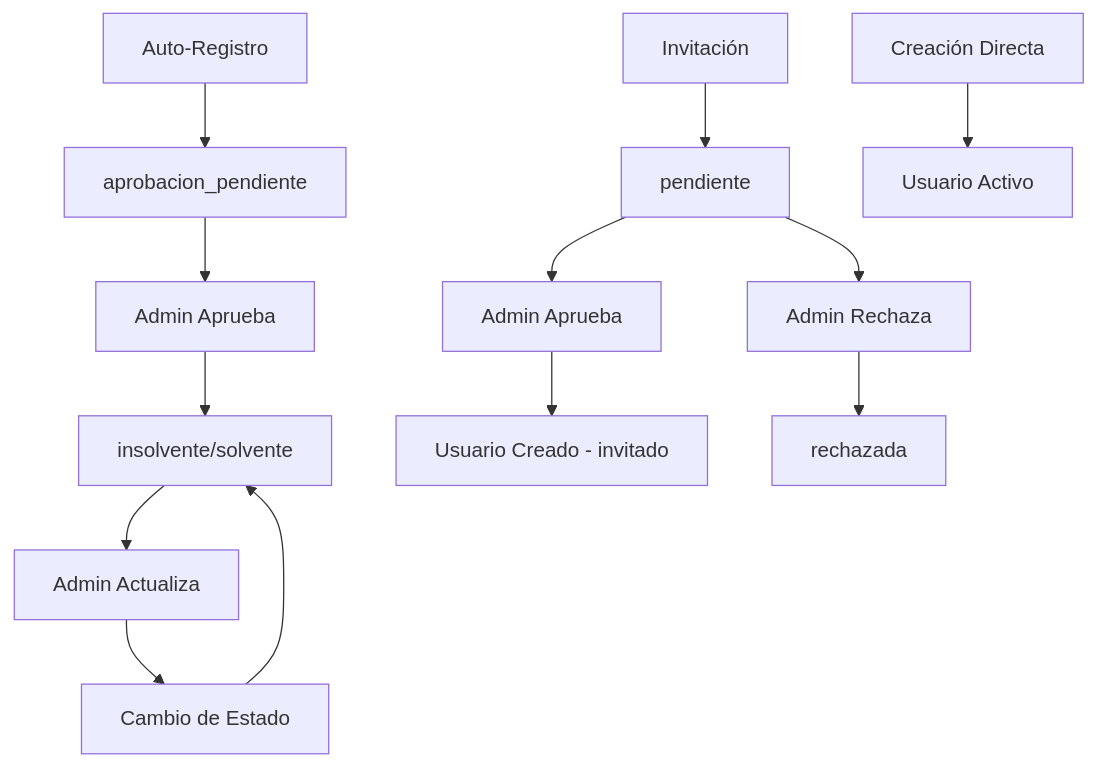
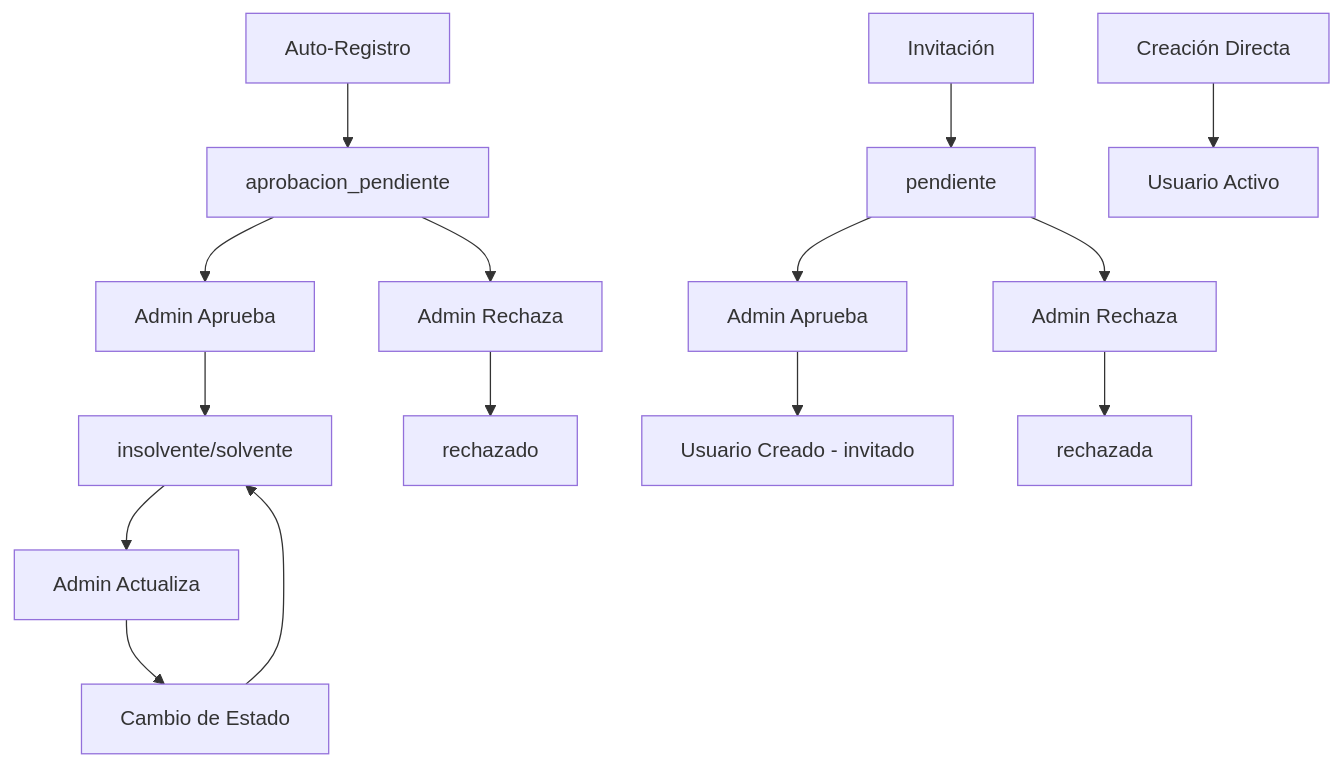
Before and after one commit to pedrosotto717/casa-profesores-unet: the diagram in docs/user-registration-and-invitation-system.md, drawn with Mermaid. The commit also changed other lines of this file and 8 other files, not shown here.

````diff
--- a/docs/user-registration-and-invitation-system.md
+++ b/docs/user-registration-and-invitation-system.md
@@ -288,17 +296,19 @@
 ```mermaid
 graph TD
     A[Auto-Registro] --> B[aprobacion_pendiente]
     B --> C[Admin Aprueba]
     C --> D[insolvente/solvente]
-    D --> E[Admin Actualiza]
-    E --> F[Cambio de Estado]
-    F --> D
+    B --> E[Admin Rechaza]
+    E --> F[rechazado]
+    D --> G[Admin Actualiza]
+    G --> H[Cambio de Estado]
+    H --> D
     
-    G[Invitación] --> H[pendiente]
-    H --> I[Admin Aprueba]
-    I --> J[Usuario Creado - invitado]
-    H --> K[Admin Rechaza]
-    K --> L[rechazada]
+    I[Invitación] --> J[pendiente]
+    J --> K[Admin Aprueba]
+    K --> L[Usuario Creado - invitado]
+    J --> M[Admin Rechaza]
+    M --> N[rechazada]
     
-    M[Creación Directa] --> N[Usuario Activo]
+    O[Creación Directa] --> P[Usuario Activo]
 ```
````
